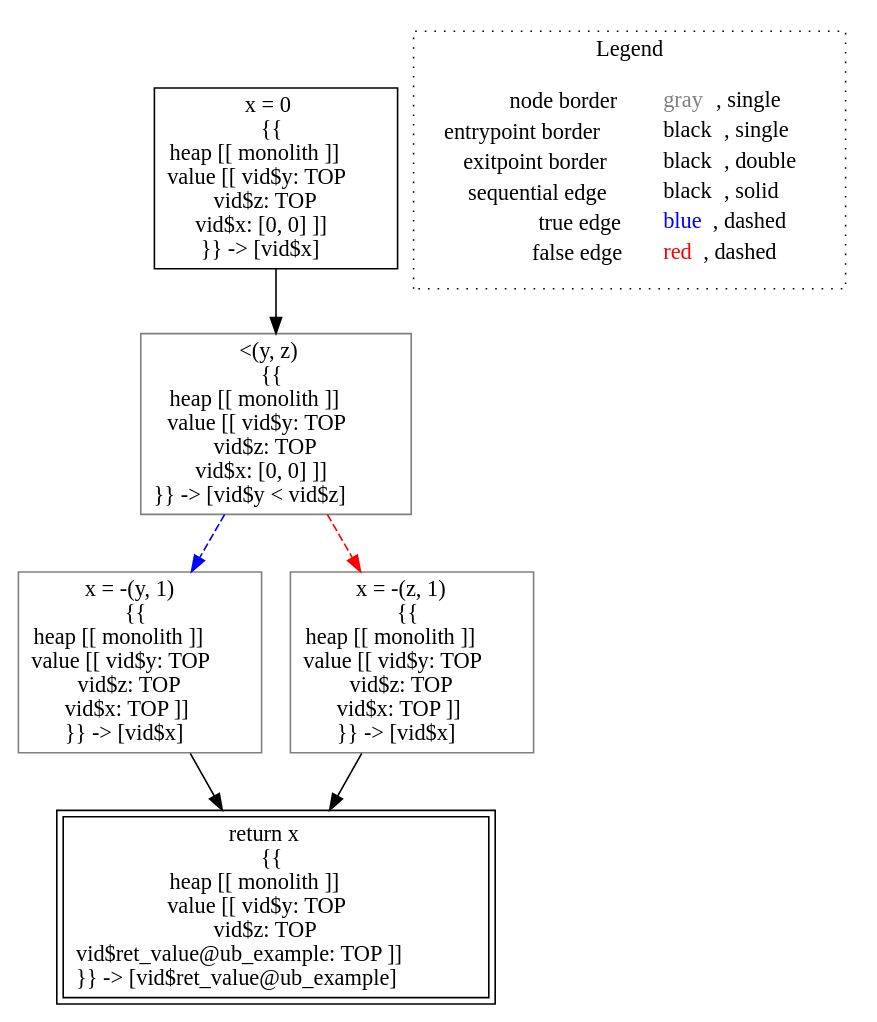
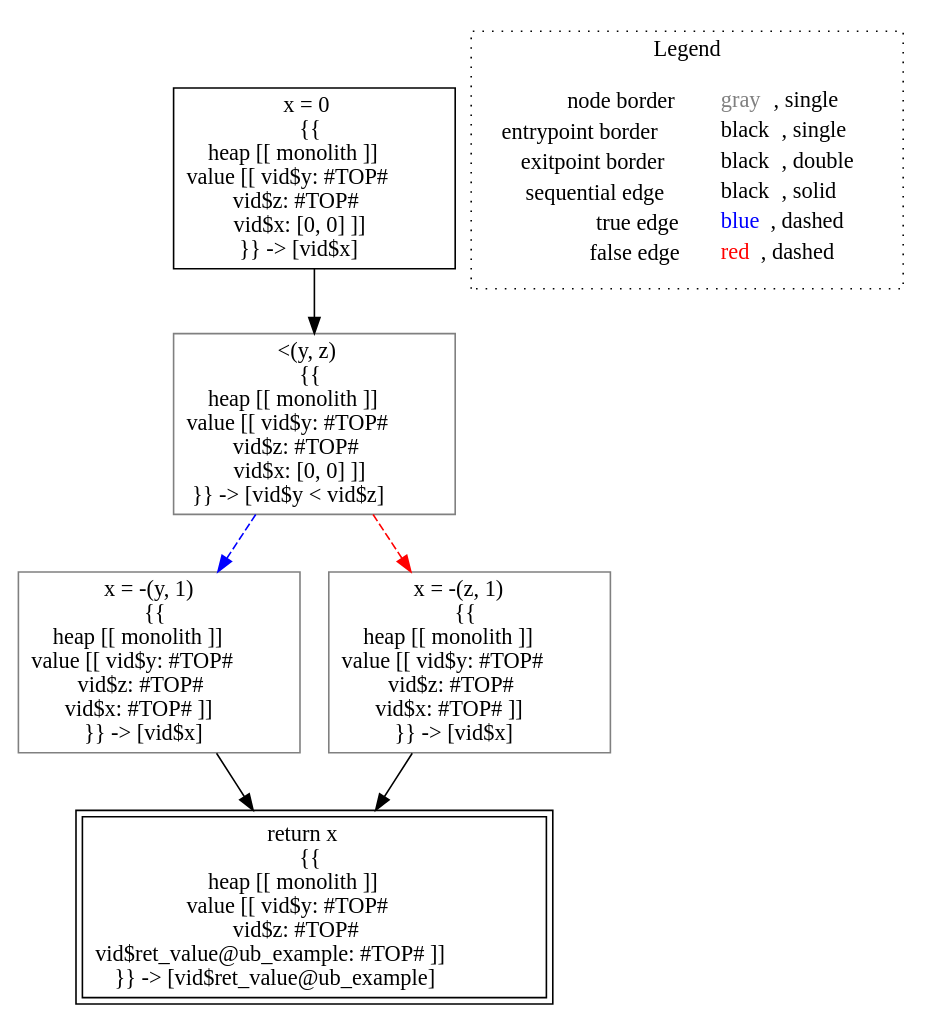
The diagram in lisa/imp-testcases/numeric/interval/analysis___untyped_tutorial.ub_example(untyped_y,_untyped_z).dot (lisa-analyzer/lisa), drawn with Graphviz before and after one commit. The commit also changed 30 other files, not shown here.

```diff
--- a/lisa/imp-testcases/numeric/interval/analysis___untyped_tutorial.ub_example(untyped_y,_untyped_z).dot
+++ b/lisa/imp-testcases/numeric/interval/analysis___untyped_tutorial.ub_example(untyped_y,_untyped_z).dot
@@ -1,19 +1,19 @@
 digraph {
-	"node0" [shape="rect",color="black",label=<x = 0<BR/>{{<BR/>heap [[ monolith ]]<BR/>value [[ vid$y: TOP<BR/>vid$z: TOP<BR/>vid$x: [0, 0] ]]<BR/>}} -&gt; [vid$x]>];
-	"node1" [shape="rect",color="gray",label=<&lt;(y, z)<BR/>{{<BR/>heap [[ monolith ]]<BR/>value [[ vid$y: TOP<BR/>vid$z: TOP<BR/>vid$x: [0, 0] ]]<BR/>}} -&gt; [vid$y &lt; vid$z]>];
-	"node2" [shape="rect",color="black",peripheries="2",label=<return x<BR/>{{<BR/>heap [[ monolith ]]<BR/>value [[ vid$y: TOP<BR/>vid$z: TOP<BR/>vid$ret_value@ub_example: TOP ]]<BR/>}} -&gt; [vid$ret_value@ub_example]>];
-	"node3" [shape="rect",color="gray",label=<x = -(y, 1)<BR/>{{<BR/>heap [[ monolith ]]<BR/>value [[ vid$y: TOP<BR/>vid$z: TOP<BR/>vid$x: TOP ]]<BR/>}} -&gt; [vid$x]>];
-	"node4" [shape="rect",color="gray",label=<x = -(z, 1)<BR/>{{<BR/>heap [[ monolith ]]<BR/>value [[ vid$y: TOP<BR/>vid$z: TOP<BR/>vid$x: TOP ]]<BR/>}} -&gt; [vid$x]>];
-	"node1" -> "node3" [color="blue",style="dashed"];
-	"node1" -> "node4" [color="red",style="dashed"];
-	"node0" -> "node1" [color="black"];
-	"node3" -> "node2" [color="black"];
-	"node4" -> "node2" [color="black"];
+	"node0" [shape="rect",color="black",label=<x = 0<BR/>{{<BR/>heap [[ monolith ]]<BR/>value [[ vid$y: #TOP#<BR/>vid$z: #TOP#<BR/>vid$x: [0, 0] ]]<BR/>}} -&gt; [vid$x]>];
+	"node1" [shape="rect",color="gray",label=<x = -(y, 1)<BR/>{{<BR/>heap [[ monolith ]]<BR/>value [[ vid$y: #TOP#<BR/>vid$z: #TOP#<BR/>vid$x: #TOP# ]]<BR/>}} -&gt; [vid$x]>];
+	"node2" [shape="rect",color="gray",label=<x = -(z, 1)<BR/>{{<BR/>heap [[ monolith ]]<BR/>value [[ vid$y: #TOP#<BR/>vid$z: #TOP#<BR/>vid$x: #TOP# ]]<BR/>}} -&gt; [vid$x]>];
+	"node3" [shape="rect",color="gray",label=<&lt;(y, z)<BR/>{{<BR/>heap [[ monolith ]]<BR/>value [[ vid$y: #TOP#<BR/>vid$z: #TOP#<BR/>vid$x: [0, 0] ]]<BR/>}} -&gt; [vid$y &lt; vid$z]>];
+	"node4" [shape="rect",color="black",peripheries="2",label=<return x<BR/>{{<BR/>heap [[ monolith ]]<BR/>value [[ vid$y: #TOP#<BR/>vid$z: #TOP#<BR/>vid$ret_value@ub_example: #TOP# ]]<BR/>}} -&gt; [vid$ret_value@ub_example]>];
+	"node1" -> "node4" [color="black"];
+	"node0" -> "node3" [color="black"];
+	"node2" -> "node4" [color="black"];
+	"node3" -> "node1" [color="blue",style="dashed"];
+	"node3" -> "node2" [color="red",style="dashed"];
 subgraph cluster_legend {
 	label="Legend";
 	style=dotted;
 	node [shape=plaintext];
 	"legend" [label=<<table border="0" cellpadding="2" cellspacing="0" cellborder="0"><tr><td align="right">node border&nbsp;</td><td align="left"><font color="gray">gray</font>, single</td></tr><tr><td align="right">entrypoint border&nbsp;</td><td align="left"><font color="black">black</font>, single</td></tr><tr><td align="right">exitpoint border&nbsp;</td><td align="left"><font color="black">black</font>, double</td></tr><tr><td align="right">sequential edge&nbsp;</td><td align="left"><font color="black">black</font>, solid</td></tr><tr><td align="right">true edge&nbsp;</td><td align="left"><font color="blue">blue</font>, dashed</td></tr><tr><td align="right">false edge&nbsp;</td><td align="left"><font color="red">red</font>, dashed</td></tr></table>>];
 }
 
 }
```
